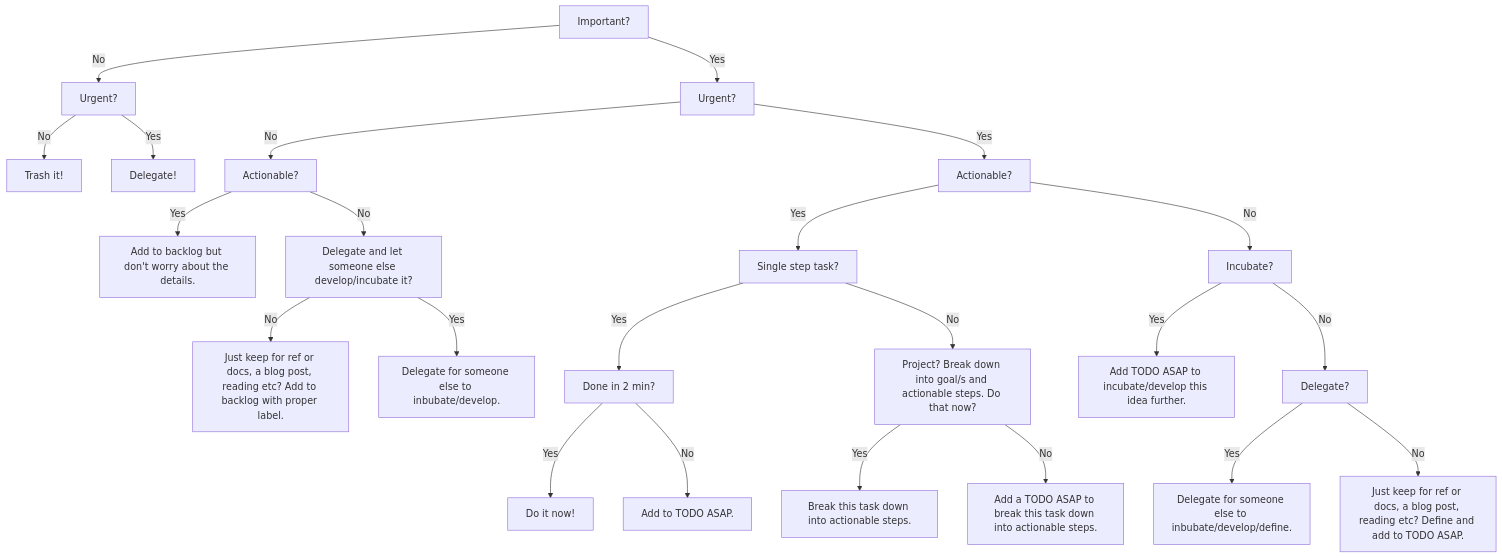
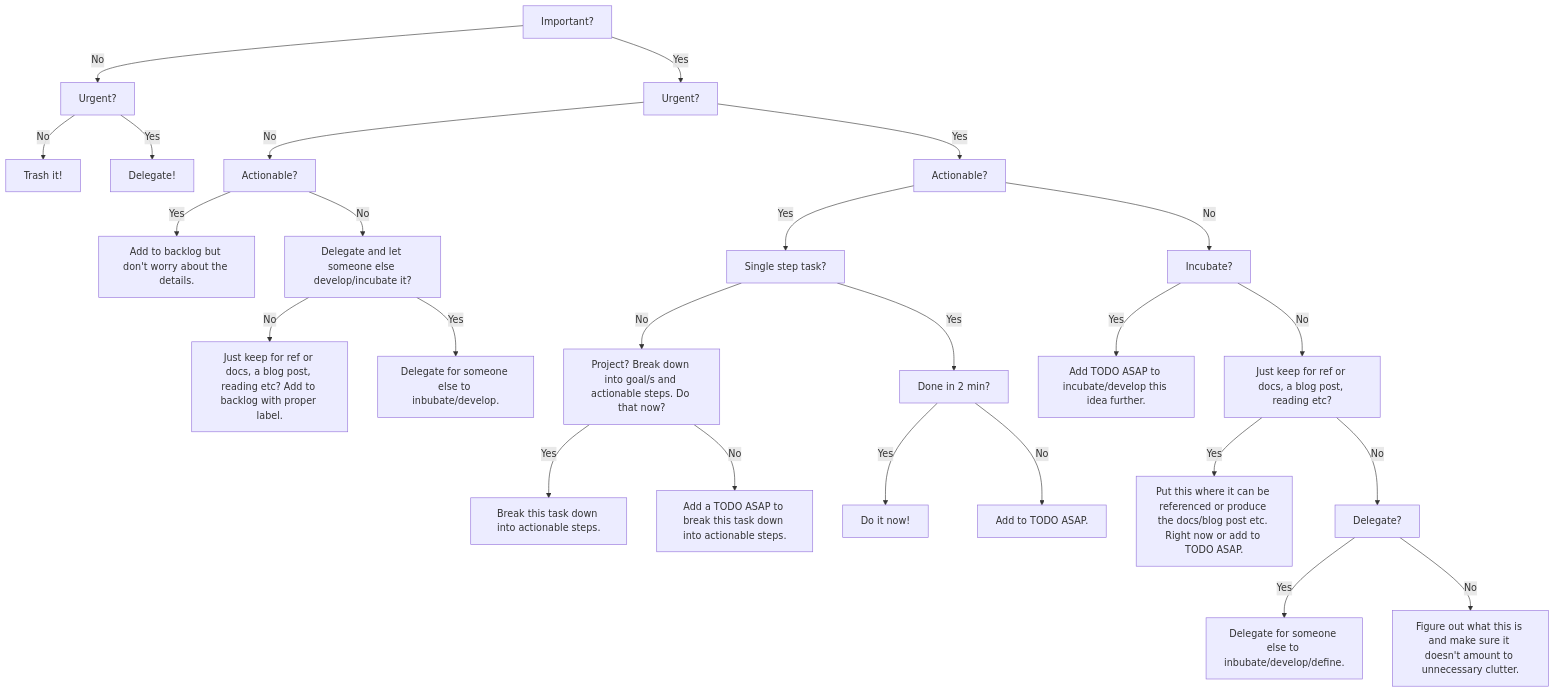
Before and after one commit to davidberglund/getting_things_done: the diagram in gtd.mmd, drawn with Mermaid. The commit also changed 1 other file, not shown here.

```diff
--- a/gtd.mmd
+++ b/gtd.mmd
@@ -1,33 +1,38 @@
 graph TD
     Important[Important?]
 
     Important -->|No| ImportantNoUrgent[Urgent?]
     Important -->|Yes| ImportantYesUrgent[Urgent?]
 
     ImportantNoUrgent -->|No| ImportantNoUrgentNo[Trash it!]
     ImportantNoUrgent -->|Yes| ImportantNoUrgentYesActionable[Delegate!]
 
     ImportantYesUrgent -->|No| ImportantYesUrgentNoActionable[Actionable?]
     ImportantYesUrgent -->|Yes| ImportantYesUrgentYesActionable[Actionable?]
 
     ImportantYesUrgentNoActionable -->|Yes| ImportantYesUrgentNoActionableYes[Add to backlog but don't worry about the details.]
     ImportantYesUrgentNoActionable -->|No| ImportantYesUrgentNoActionableNoDelegate[Delegate and let someone else develop/incubate it?]
+
     ImportantYesUrgentNoActionableNoDelegate -->|No| ImportantYesUrgentNoActionableNoDelegateNo[Just keep for ref or docs, a blog post, reading etc? Add to backlog with proper label.]
     ImportantYesUrgentNoActionableNoDelegate -->|Yes| ImportantYesUrgentNoActionableNoDelegateYes[Delegate for someone else to inbubate/develop.]
 
     ImportantYesUrgentYesActionable -->|Yes| ImportantYesUrgentYesActionableYesSingleStepTask[Single step task?]
     ImportantYesUrgentYesActionable -->|No| ImportantYesUrgentYesActionableNoIncubate[Incubate?]
     
     ImportantYesUrgentYesActionableYesSingleStepTask -->|Yes| ImportantYesUrgentYesActionableYesSingleStepTaskYesDoneIn2Mins[Done in 2 min?]
     ImportantYesUrgentYesActionableYesSingleStepTask -->|No| ImportantYesUrgentYesActionableYesSingleStepTaskNoIncubateNow[Project? Break down into goal/s and actionable steps. Do that now?]
+
     ImportantYesUrgentYesActionableYesSingleStepTaskNoIncubateNow -->|Yes| ImportantYesUrgentYesActionableYesSingleStepTaskNoIncubateNowYes[Break this task down into actionable steps.]
     ImportantYesUrgentYesActionableYesSingleStepTaskNoIncubateNow -->|No| ImportantYesUrgentYesActionableYesSingleStepTaskNoIncubateNowNo[Add a TODO ASAP to break this task down into actionable steps.]
 
     ImportantYesUrgentYesActionableYesSingleStepTaskYesDoneIn2Mins -->|Yes| ImportantYesUrgentYesActionableYesSingleStepTaskYesDoneIn2MinsYes[Do it now!]
     ImportantYesUrgentYesActionableYesSingleStepTaskYesDoneIn2Mins -->|No| ImportantYesUrgentYesActionableYesSingleStepTaskYesDoneIn2MinsNo[Add to TODO ASAP.]
 
     ImportantYesUrgentYesActionableNoIncubate -->|Yes| ImportantYesUrgentYesActionableNoIncubateYes[Add TODO ASAP to incubate/develop this idea further.]
-    ImportantYesUrgentYesActionableNoIncubate -->|No| ImportantYesUrgentYesActionableNoIncubateNoDelegate[Delegate?]
+    ImportantYesUrgentYesActionableNoIncubate -->|No| ImportantYesUrgentYesActionableNoIncubateNoReference[Just keep for ref or docs, a blog post, reading etc?]
 
-    ImportantYesUrgentYesActionableNoIncubateNoDelegate -->|Yes| ImportantYesUrgentYesActionableNoIncubateNoDelegateYes[Delegate for someone else to inbubate/develop/define.] 
-    ImportantYesUrgentYesActionableNoIncubateNoDelegate -->|No| ImportantYesUrgentYesActionableNoIncubateNoDelegateNo[Just keep for ref or docs, a blog post, reading etc? Define and add to TODO ASAP.]
+    ImportantYesUrgentYesActionableNoIncubateNoReference -->|Yes| ImportantYesUrgentYesActionableNoIncubateNoReferenceYes[Put this where it can be referenced or produce the docs/blog post etc. Right now or add to TODO ASAP.]
+    ImportantYesUrgentYesActionableNoIncubateNoReference -->|No| ImportantYesUrgentYesActionableNoIncubateNoReferenceNoDelegate[Delegate?]
+
+    ImportantYesUrgentYesActionableNoIncubateNoReferenceNoDelegate -->|Yes| ImportantYesUrgentYesActionableNoIncubateNoReferenceNoDelegateYes[Delegate for someone else to inbubate/develop/define.]
+    ImportantYesUrgentYesActionableNoIncubateNoReferenceNoDelegate -->|No| ImportantYesUrgentYesActionableNoIncubateNoReferenceNoDelegateNo[Figure out what this is and make sure it doesn't amount to unnecessary clutter.]
```
